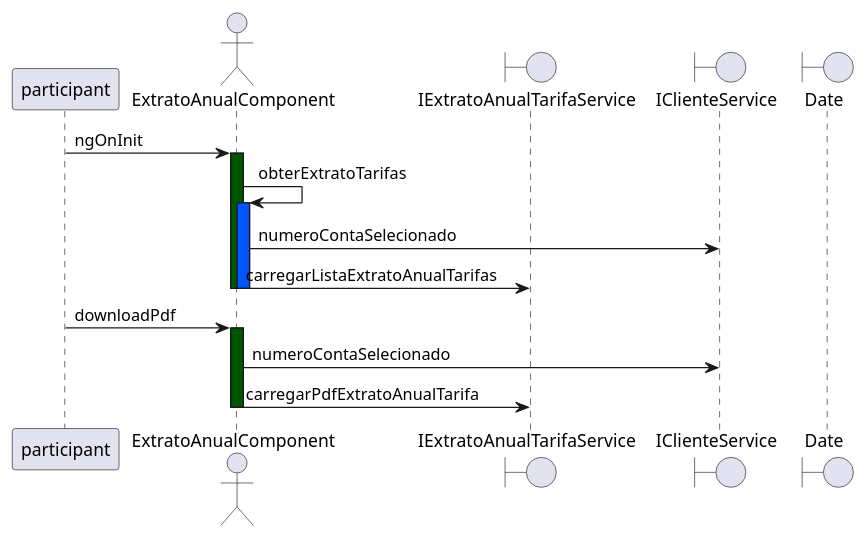
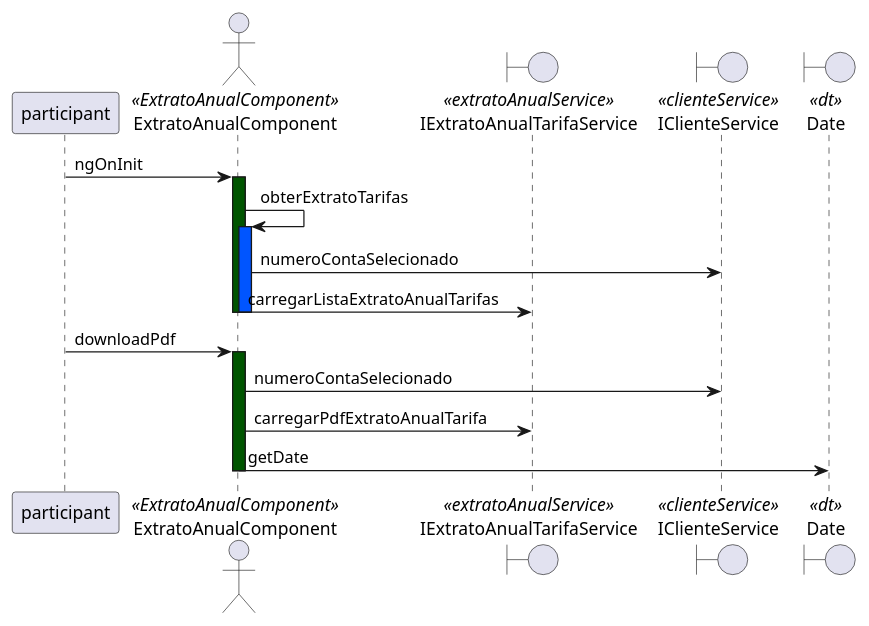
The diagram in example/extrato-anual.component.ts.sequence.puml (tommymolto/ng-reverse-uml), drawn with PlantUML before and after one commit. The commit also changed 5 other files, not shown here.

```diff
--- a/example/extrato-anual.component.ts.sequence.puml
+++ b/example/extrato-anual.component.ts.sequence.puml
@@ -1,20 +1,21 @@
 @startuml 
  participant participant as Usuario
-actor  ExtratoAnualComponent as ExtratoAnualComponent
-boundary  IExtratoAnualTarifaService as extratoAnualService
-boundary  IClienteService as clienteService
-boundary  Date as dt
+actor  ExtratoAnualComponent as ExtratoAnualComponent<<ExtratoAnualComponent >> 
+boundary  IExtratoAnualTarifaService as extratoAnualService<<extratoAnualService >> 
+boundary  IClienteService as clienteService<<clienteService >> 
+boundary  Date as dt<<dt >> 
 Usuario -> ExtratoAnualComponent:ngOnInit
 activate ExtratoAnualComponent #005500
 ExtratoAnualComponent -> ExtratoAnualComponent:obterExtratoTarifas
 activate ExtratoAnualComponent #0055FF
 ExtratoAnualComponent -> clienteService:numeroContaSelecionado
 ExtratoAnualComponent -> extratoAnualService:carregarListaExtratoAnualTarifas
 deactivate ExtratoAnualComponent
 deactivate ExtratoAnualComponent
 Usuario -> ExtratoAnualComponent:downloadPdf
 activate ExtratoAnualComponent #005500
 ExtratoAnualComponent -> clienteService:numeroContaSelecionado
 ExtratoAnualComponent -> extratoAnualService:carregarPdfExtratoAnualTarifa
+ExtratoAnualComponent -> dt:getDate
 deactivate ExtratoAnualComponent
 @enduml
```
